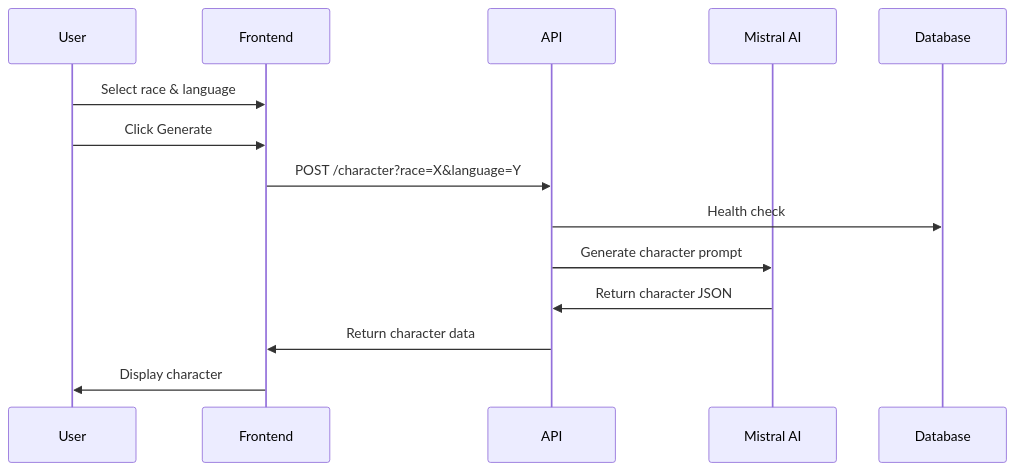
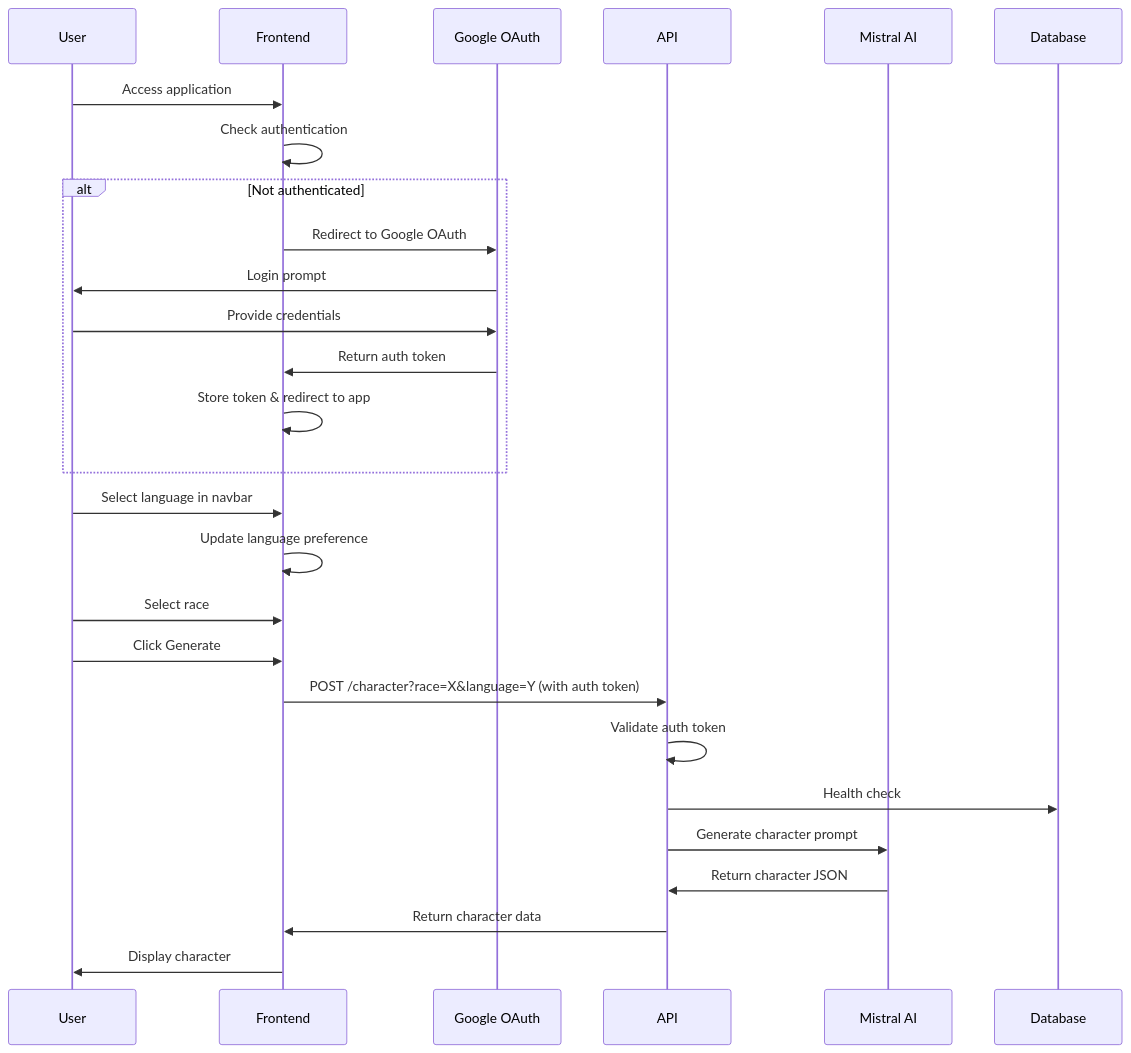
Before and after one commit to leogout/random-dnd: the second of 2 diagrams in .kiro/specs/random-jdr-character-generator/design.md, drawn with Mermaid. The commit also changed other lines of this file and 10 other files, not shown here.

````diff
--- a/.kiro/specs/random-jdr-character-generator/design.md
+++ b/.kiro/specs/random-jdr-character-generator/design.md
@@ -28,17 +28,30 @@
 ```mermaid
 sequenceDiagram
     participant U as User
     participant F as Frontend
+    participant G as Google OAuth
     participant A as API
     participant M as Mistral AI
     participant D as Database
     
-    U->>F: Select race & language
+    U->>F: Access application
+    F->>F: Check authentication
+    alt Not authenticated
+        F->>G: Redirect to Google OAuth
+        G->>U: Login prompt
+        U->>G: Provide credentials
+        G->>F: Return auth token
+        F->>F: Store token & redirect to app
+    end
+    U->>F: Select language in navbar
+    F->>F: Update language preference
+    U->>F: Select race
     U->>F: Click Generate
-    F->>A: POST /character?race=X&language=Y
+    F->>A: POST /character?race=X&language=Y (with auth token)
+    A->>A: Validate auth token
     A->>D: Health check
     A->>M: Generate character prompt
     M->>A: Return character JSON
     A->>F: Return character data
     F->>U: Display character
 ```
````
